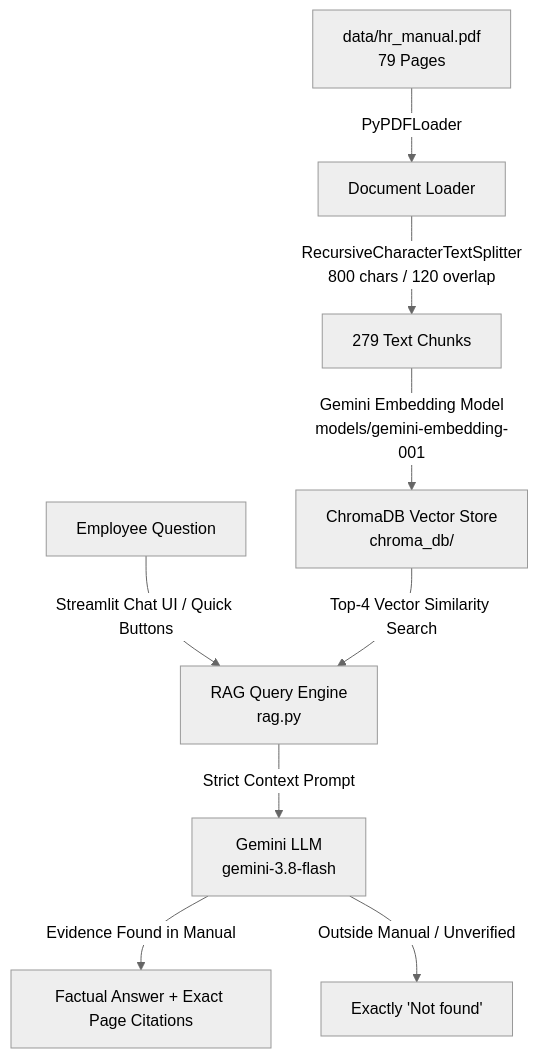
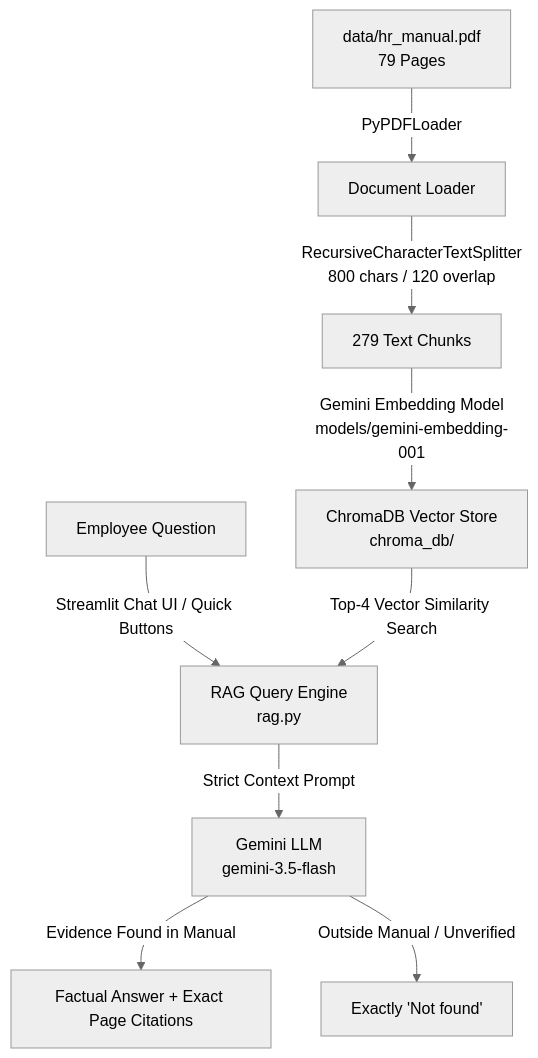
One commit to sofiaali1521-cloud/Gen-AI changed the diagram in README.md. Above: the diagram before and after it, drawn with Mermaid (neutral theme). The commit also changed other lines of this file and 7 other files, not shown here.

````diff
--- a/README.md
+++ b/README.md
@@ -11,13 +21,13 @@
 ```mermaid
 graph TD
     A[data/hr_manual.pdf<br>79 Pages] -->|PyPDFLoader| B[Document Loader]
     B -->|RecursiveCharacterTextSplitter<br>800 chars / 120 overlap| C[279 Text Chunks]
     C -->|Gemini Embedding Model<br>models/gemini-embedding-001| D[ChromaDB Vector Store<br>chroma_db/]
     
     E[Employee Question] -->|Streamlit Chat UI / Quick Buttons| F[RAG Query Engine<br>rag.py]
     D -->|Top-4 Vector Similarity Search| F
-    F -->|Strict Context Prompt| G[Gemini LLM<br>gemini-3.8-flash]
+    F -->|Strict Context Prompt| G[Gemini LLM<br>gemini-3.5-flash]
     
     G -->|Evidence Found in Manual| H[Factual Answer + Exact Page Citations]
     G -->|Outside Manual / Unverified| I[Exactly 'Not found']
 ```
````
